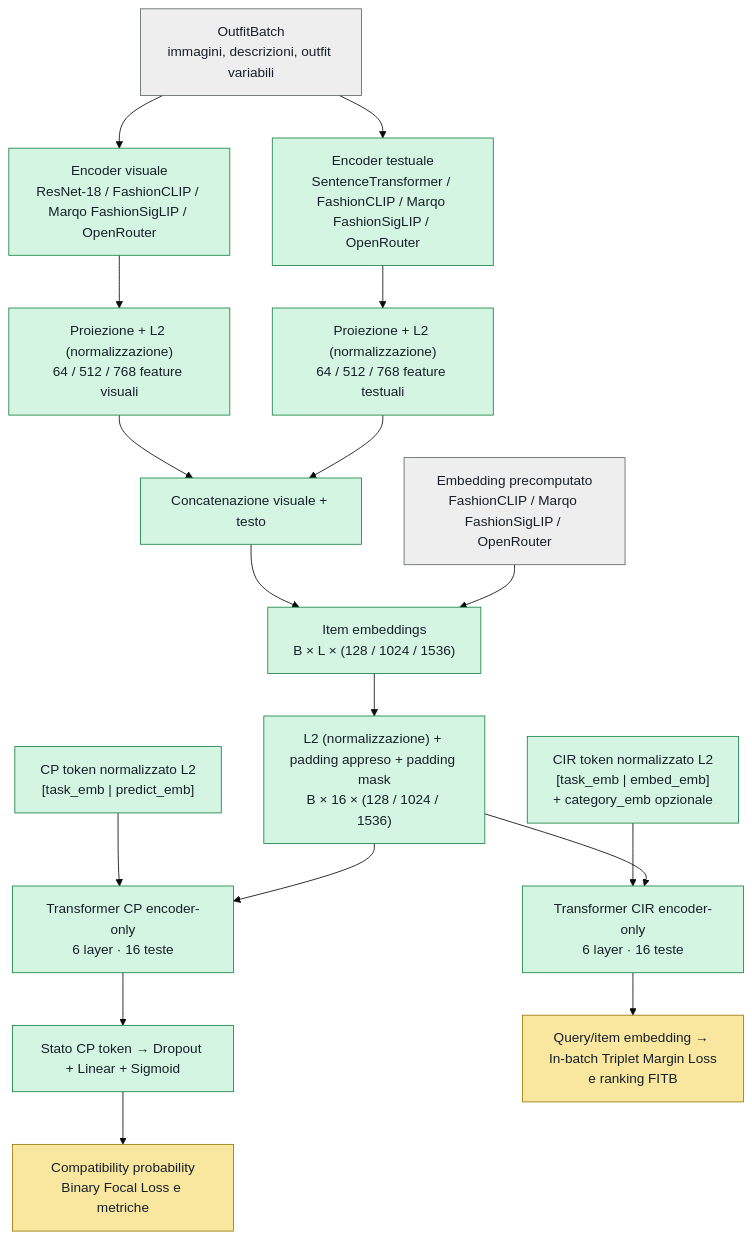
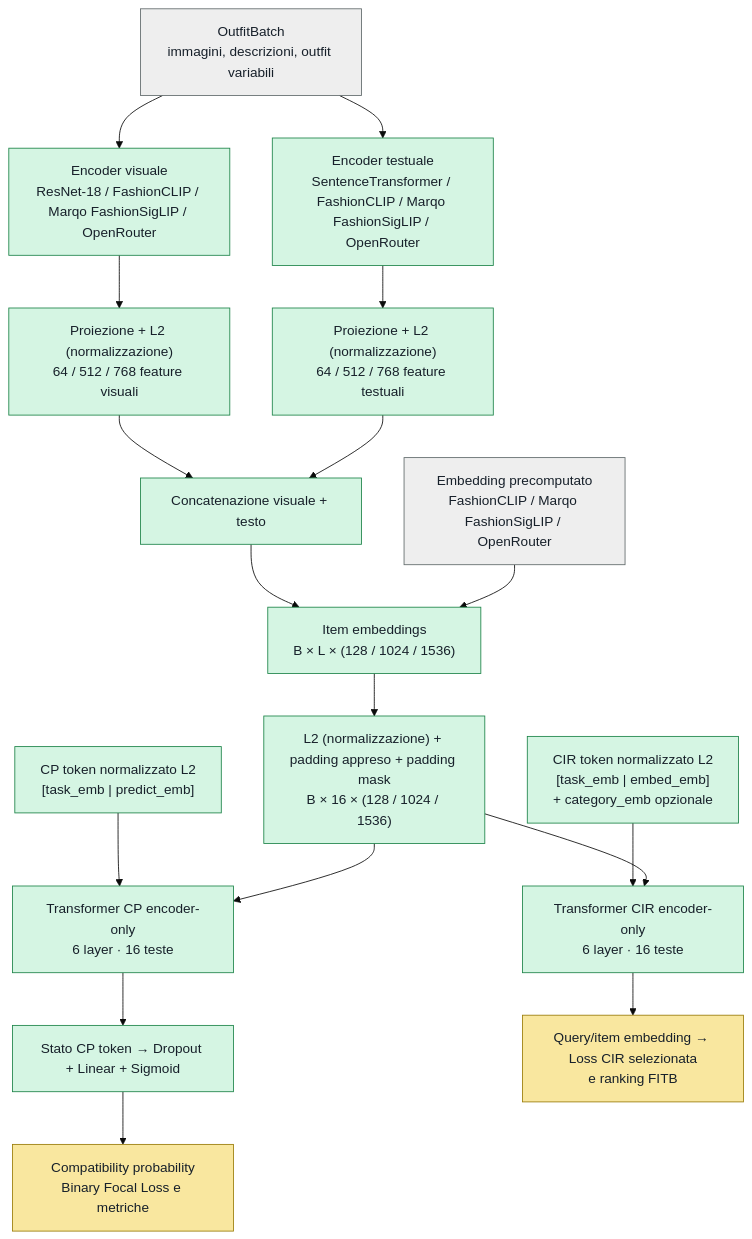
The second of 2 diagrams in README.md (FlorindoDev/OutfitTransformer), drawn with Mermaid (base theme) before and after one commit. The commit also changed other lines of this file and 12 other files, not shown here.

First line of the commit message:
feat(cir): aggiungi InfoNCE e Joint con --loss

````diff
--- a/README.md
+++ b/README.md
@@ -641,34 +644,34 @@
 ```mermaid
 flowchart TD
     A["OutfitBatch<br/>immagini, descrizioni, outfit variabili"]
 
     A --> B["Encoder visuale<br/>ResNet-18 / FashionCLIP / Marqo FashionSigLIP / OpenRouter"]
     A --> C["Encoder testuale<br/>SentenceTransformer / FashionCLIP / Marqo FashionSigLIP / OpenRouter"]
 
     B --> D["Proiezione + L2 (normalizzazione)<br/>64 / 512 / 768 feature visuali"]
     C --> E["Proiezione + L2 (normalizzazione)<br/>64 / 512 / 768 feature testuali"]
 
     D --> F["Concatenazione visuale + testo"]
     E --> F
 
     F --> G["Item embeddings<br/>B × L × (128 / 1024 / 1536)"]
     P["Embedding precomputato<br/>FashionCLIP / Marqo FashionSigLIP / OpenRouter"] --> G
     G --> H["L2 (normalizzazione) + padding appreso + padding mask<br/>B × 16 × (128 / 1024 / 1536)"]
 
     K["CP token normalizzato L2<br/>[task_emb | predict_emb]"] --> L["Transformer CP encoder-only<br/>6 layer · 16 teste"]
     H --> L
     L --> M["Stato CP token → Dropout + Linear + Sigmoid"]
     M --> N["Compatibility probability<br/>Binary Focal Loss e metriche"]
 
     O["CIR token normalizzato L2<br/>[task_emb | embed_emb]<br/>+ category_emb opzionale"] --> Q["Transformer CIR encoder-only<br/>6 layer · 16 teste"]
     H --> Q
-    Q --> R["Query/item embedding → In-batch Triplet Margin Loss<br/>e ranking FITB"]
+    Q --> R["Query/item embedding → Loss CIR selezionata<br/>e ranking FITB"]
 
     classDef processing fill:#d5f5e3,stroke:#1e8449,color:#17202a;
     classDef input fill:#eeeeee,stroke:#616a6b,color:#17202a;
     classDef loss fill:#f9e79f,stroke:#9a7d0a,color:#17202a;
 
     class B,C,D,E,F,G,H,K,L,M,O,Q processing;
     class A,P input;
     class N,R loss;
 ```
````
